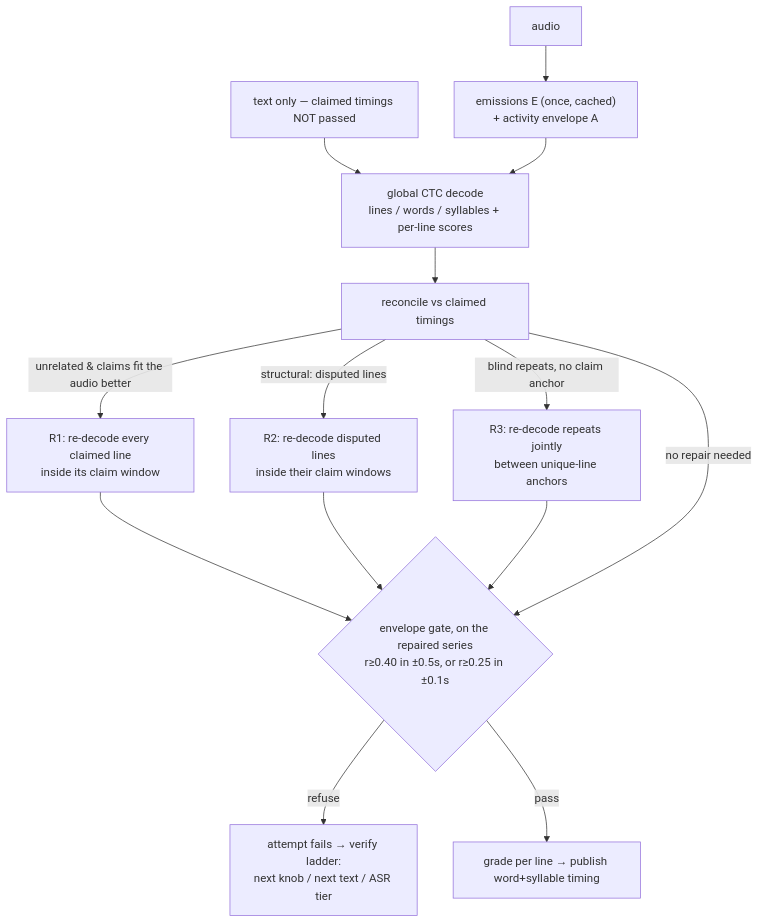
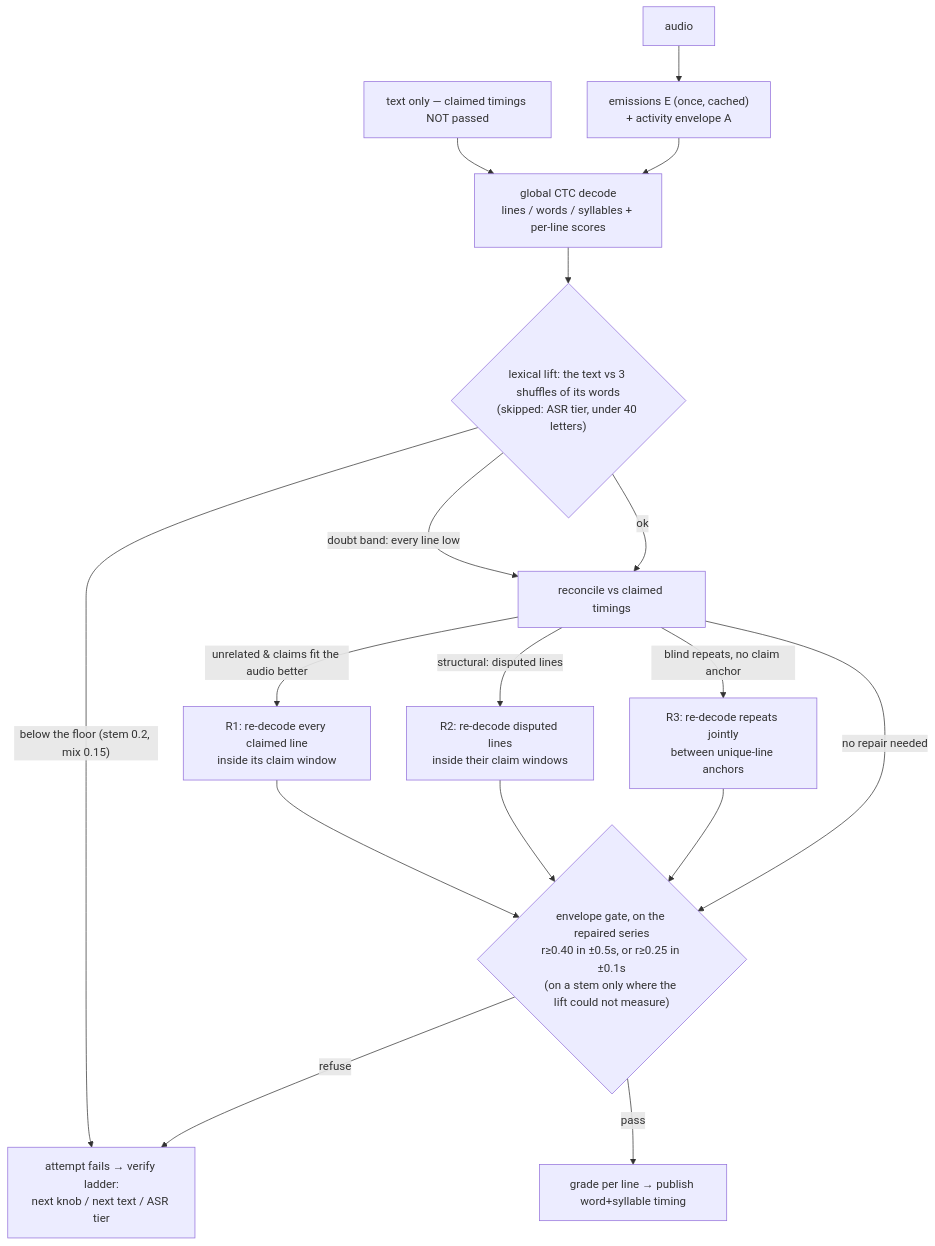
Before and after one commit to OnlyOneByte/Encore: the second of 4 diagrams in worker/README.md, drawn with Mermaid. The commit also changed other lines of this file and 104 other files, not shown here.

````diff
--- a/worker/README.md
+++ b/worker/README.md
@@ -191,16 +217,19 @@
 ```mermaid
 flowchart TD
     A[audio] --> E["emissions E (once, cached)<br/>+ activity envelope A"]
     T[text only — claimed timings NOT passed] --> G[global CTC decode<br/>lines / words / syllables + per-line scores]
     E --> G
-    G --> R[reconcile vs claimed timings]
+    G --> LEX{"lexical lift: the text vs 3 shuffles of its words<br/>(skipped: ASR tier, under 40 letters)"}
+    LEX -- "below the floor (stem 0.2, mix 0.15)" --> FAIL
+    LEX -- "doubt band: every line low" --> R
+    LEX -- ok --> R[reconcile vs claimed timings]
     R -- "unrelated & claims fit the audio better" --> R1["R1: re-decode every claimed line<br/>inside its claim window"]
     R -- "structural: disputed lines" --> R2["R2: re-decode disputed lines<br/>inside their claim windows"]
     R -- "blind repeats, no claim anchor" --> R3["R3: re-decode repeats jointly<br/>between unique-line anchors"]
-    R1 --> GATE{envelope gate, on the repaired series<br/>r≥0.40 in ±0.5s, or r≥0.25 in ±0.1s}
+    R1 --> GATE{"envelope gate, on the repaired series<br/>r≥0.40 in ±0.5s, or r≥0.25 in ±0.1s<br/>(on a stem only where the lift could not measure)"}
     R2 --> GATE
     R3 --> GATE
     R -- no repair needed --> GATE
     GATE -- refuse --> FAIL[attempt fails → verify ladder:<br/>next knob / next text / ASR tier]
     GATE -- pass --> P[grade per line → publish word+syllable timing]
 ```
````
